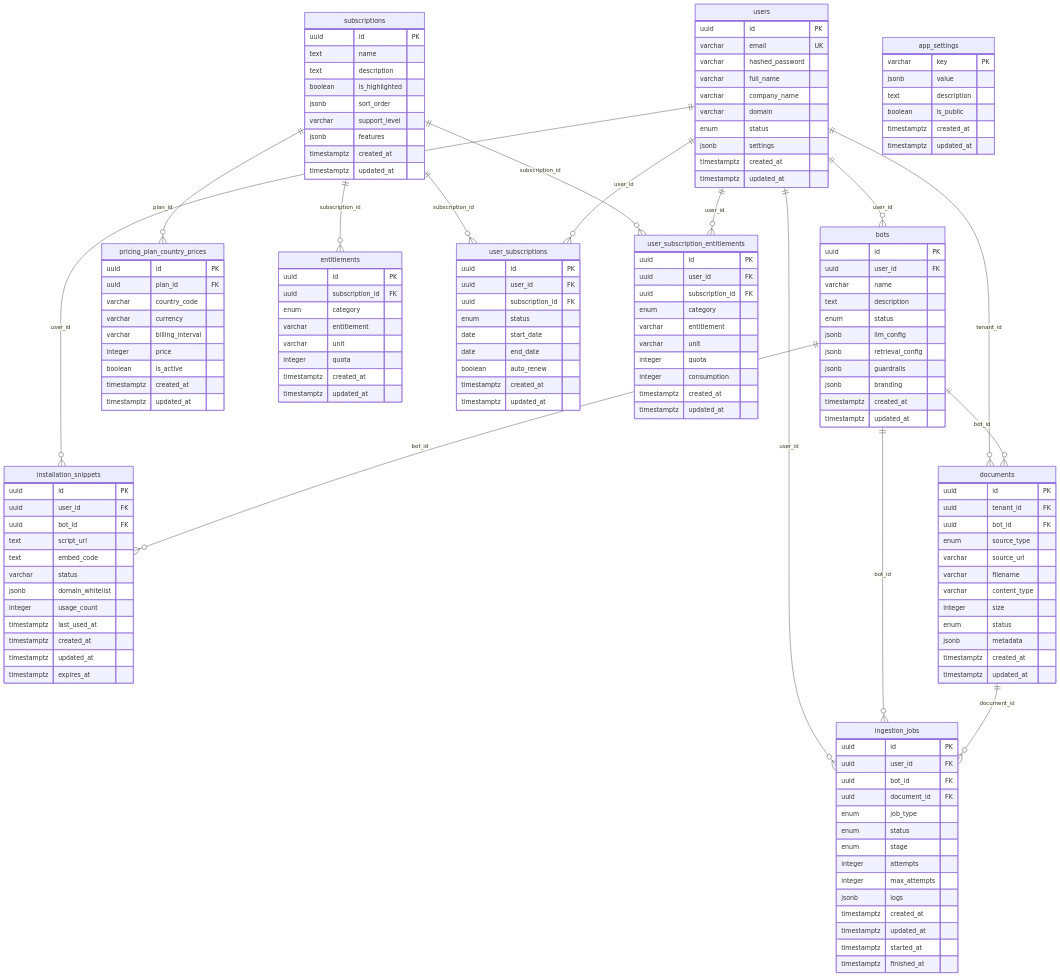
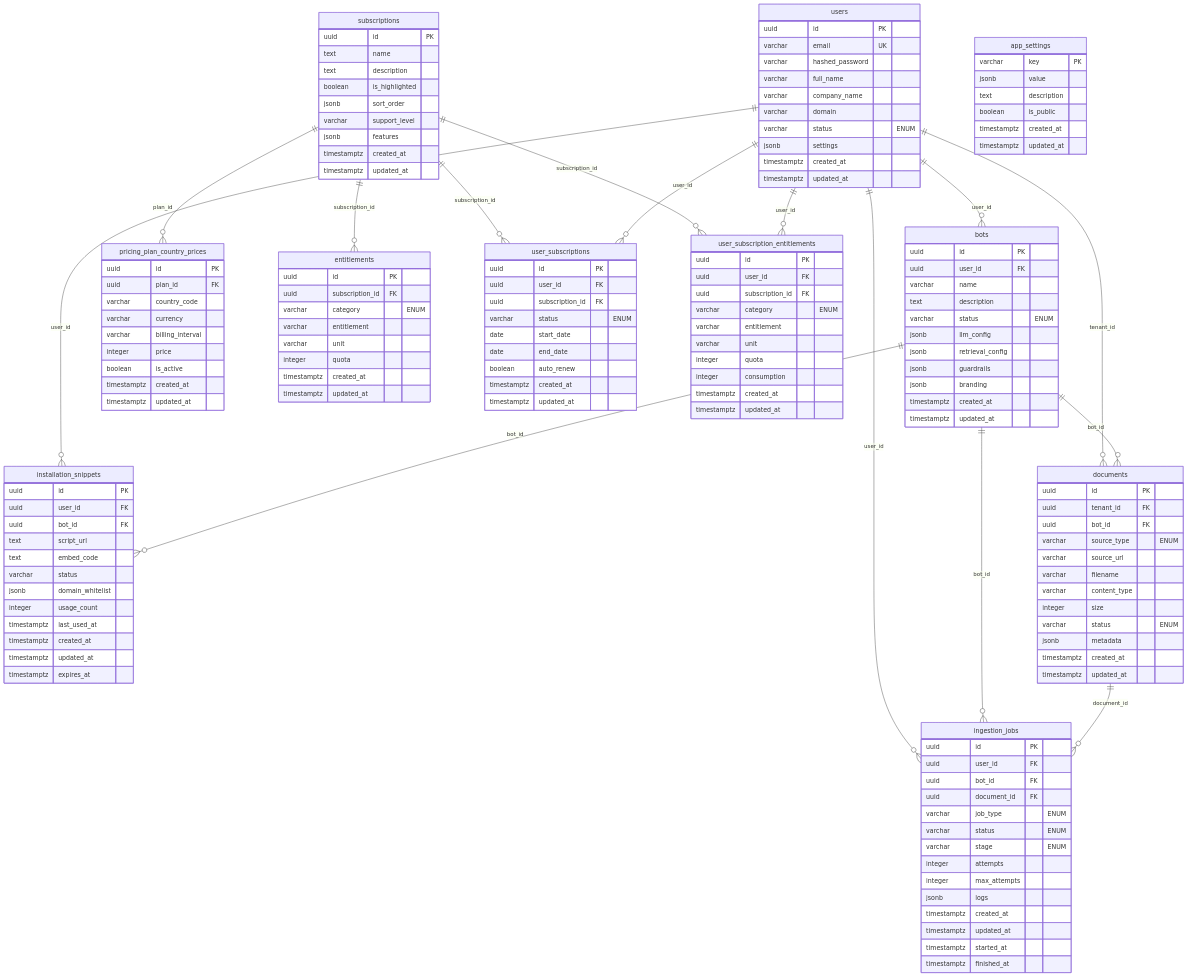
Before and after one commit to Jathin04Jan/Multi-Tenant-SaaS-Chatbot-Platform: the diagram in backend/docs/SCHEMA_DIAGRAM.md, drawn with Mermaid. The commit also changed other lines of this file, not shown here.

Commit message:
inconsistancies in schema diagram fixed 2

```diff
--- a/backend/docs/SCHEMA_DIAGRAM.md
+++ b/backend/docs/SCHEMA_DIAGRAM.md
@@ -32,7 +32,7 @@
         varchar full_name
         varchar company_name
         varchar domain
-        enum status
+        varchar status "ENUM"
         jsonb settings
         timestamptz created_at
         timestamptz updated_at
@@ -43,7 +43,7 @@
         uuid user_id FK
         varchar name
         text description
-        enum status
+        varchar status "ENUM"
         jsonb llm_config
         jsonb retrieval_config
         jsonb guardrails
@@ -71,12 +71,12 @@
         uuid id PK
         uuid tenant_id FK
         uuid bot_id FK
-        enum source_type
+        varchar source_type "ENUM"
         varchar source_url
         varchar filename
         varchar content_type
         integer size
-        enum status
+        varchar status "ENUM"
         jsonb metadata
         timestamptz created_at
         timestamptz updated_at
@@ -109,7 +109,7 @@
     entitlements {
         uuid id PK
         uuid subscription_id FK
-        enum category
+        varchar category "ENUM"
         varchar entitlement
         varchar unit
         integer quota
@@ -121,7 +121,7 @@
         uuid id PK
         uuid user_id FK
         uuid subscription_id FK
-        enum status
+        varchar status "ENUM"
         date start_date
         date end_date
         boolean auto_renew
@@ -133,7 +133,7 @@
         uuid id PK
         uuid user_id FK
         uuid subscription_id FK
-        enum category
+        varchar category "ENUM"
         varchar entitlement
         varchar unit
         integer quota
@@ -147,9 +147,9 @@
         uuid user_id FK
         uuid bot_id FK
         uuid document_id FK
-        enum job_type
-        enum status
-        enum stage
+        varchar job_type "ENUM"
+        varchar status "ENUM"
+        varchar stage "ENUM"
         integer attempts
         integer max_attempts
         jsonb logs
```
